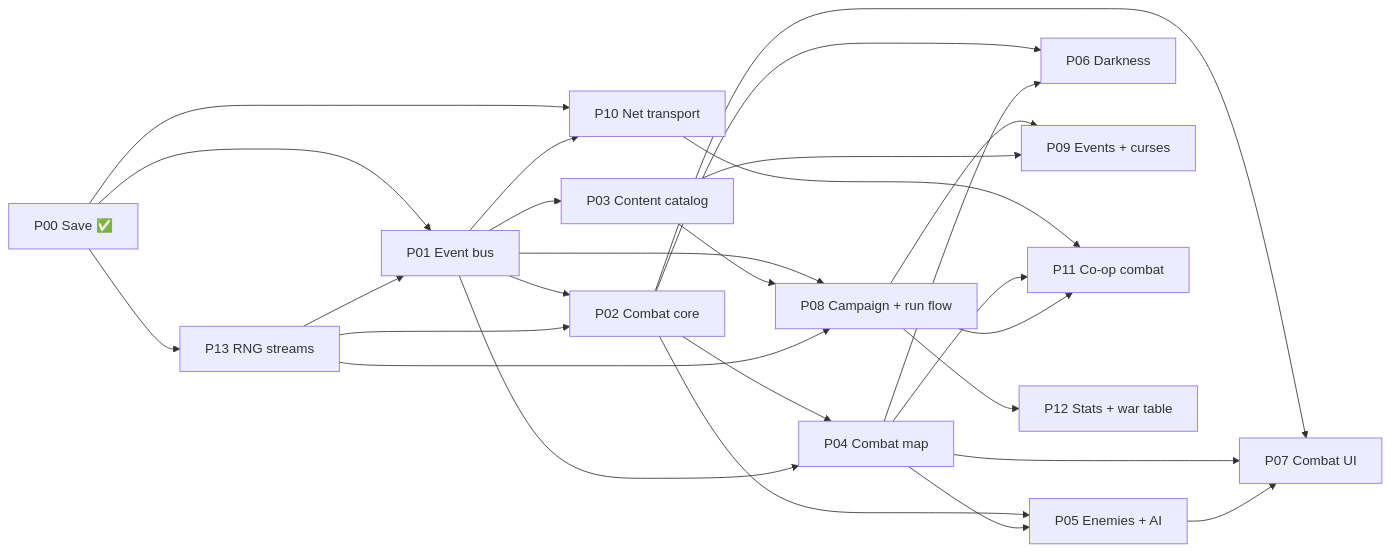
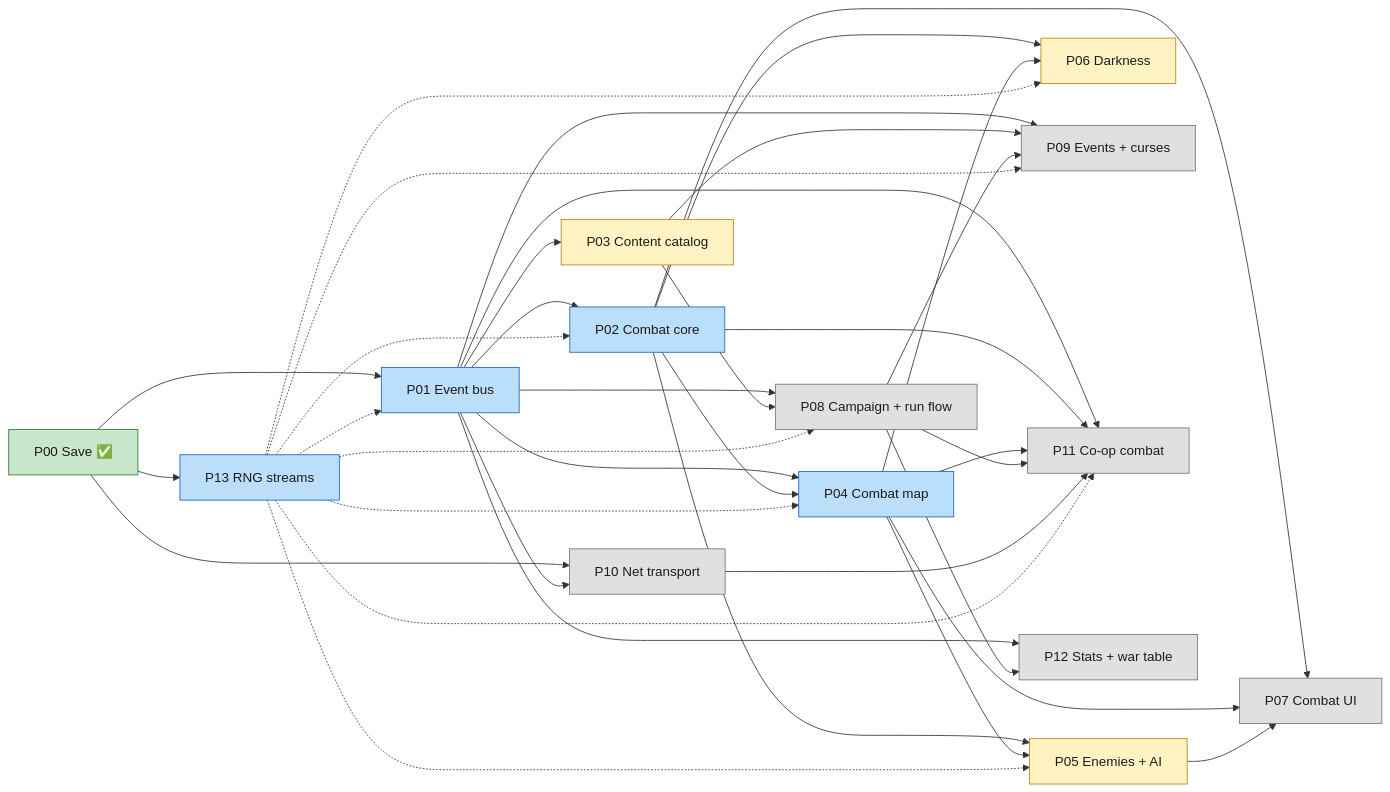
The first of 2 diagrams in docs/plans/game-orchestrator.md (DevinHMurphy/bandit-bash), drawn with Mermaid before and after one commit. The commit also changed other lines of this file and 2 other files, not shown here.

Commit message:
Record EB6 fix-ups (P01 questions 44-49) and redraw the dependency graphs by status

````diff
--- a/docs/plans/game-orchestrator.md
+++ b/docs/plans/game-orchestrator.md
@@ -92,29 +113,47 @@
 ```mermaid
 flowchart LR
   P00[P00 Save ✅] --> P01[P01 Event bus]
+  P00 --> P13[P13 RNG streams]
+  P00 --> P10[P10 Net transport]
   P01 --> P02[P02 Combat core]
   P01 --> P03[P03 Content catalog]
-  P02 --> P04[P04 Combat map]
-  P01 --> P04
+  P01 --> P04[P04 Combat map]
+  P02 --> P04
   P02 --> P05[P05 Enemies + AI]
   P04 --> P05
   P02 --> P06[P06 Darkness]
   P04 --> P06
   P02 --> P07[P07 Combat UI]
   P04 --> P07
   P05 --> P07
   P01 --> P08[P08 Campaign + run flow]
   P03 --> P08
-  P08 --> P09[P09 Events + curses]
+  P01 --> P09[P09 Events + curses]
   P03 --> P09
-  P00 --> P10[P10 Net transport]
+  P08 --> P09
   P01 --> P10
-  P10 --> P11[P11 Co-op combat]
+  P01 --> P11[P11 Co-op combat]
+  P02 --> P11
   P04 --> P11
   P08 --> P11
-  P08 --> P12[P12 Stats + war table]
-  P00 --> P13[P13 RNG streams]
-  P13 --> P01
-  P13 --> P02
-  P13 --> P08
+  P10 --> P11
+  P01 --> P12[P12 Stats + war table]
+  P08 --> P12
+  P13 -.-> P01
+  P13 -.-> P02
+  P13 -.-> P04
+  P13 -.-> P05
+  P13 -.-> P06
+  P13 -.-> P08
+  P13 -.-> P09
+  P13 -.-> P11
+
+  classDef done fill:#c8e6c9,stroke:#2e7d32,color:#1b1b1b
+  classDef active fill:#bbdefb,stroke:#1565c0,color:#1b1b1b
+  classDef ready fill:#fff3c4,stroke:#b8860b,color:#1b1b1b
+  classDef waiting fill:#e0e0e0,stroke:#757575,color:#1b1b1b
+  class P00 done
+  class P01,P02,P04,P13 active
+  class P03,P05,P06 ready
+  class P07,P08,P09,P10,P11,P12 waiting
 ```
````
